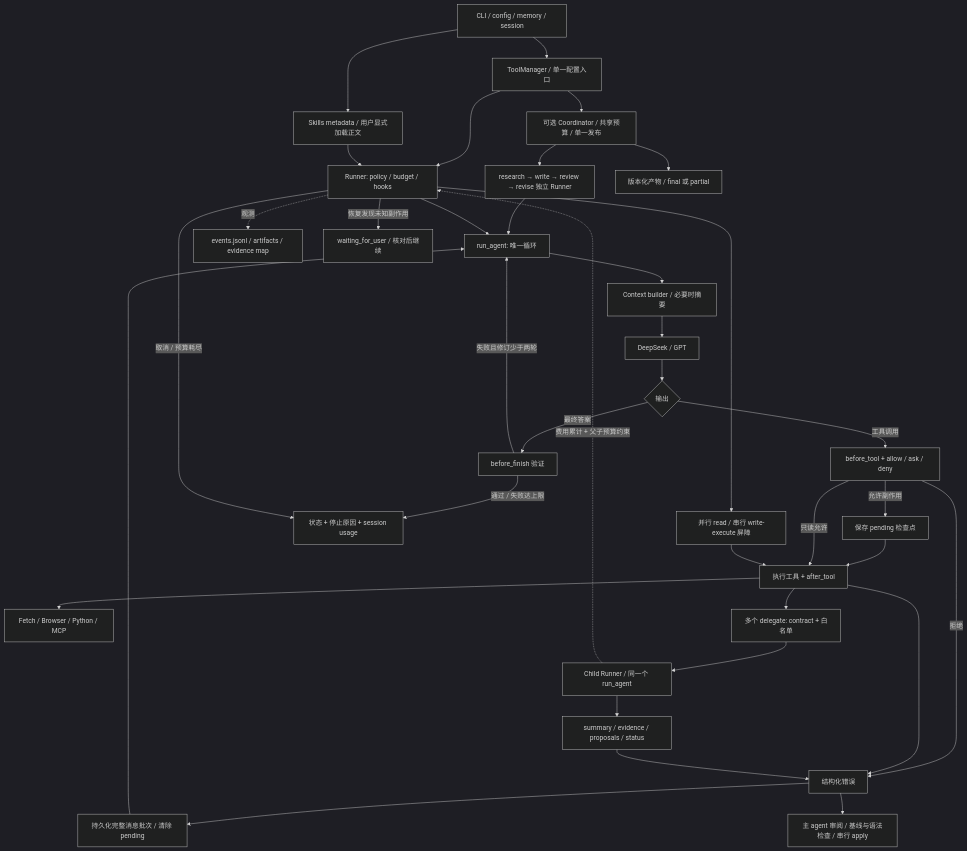
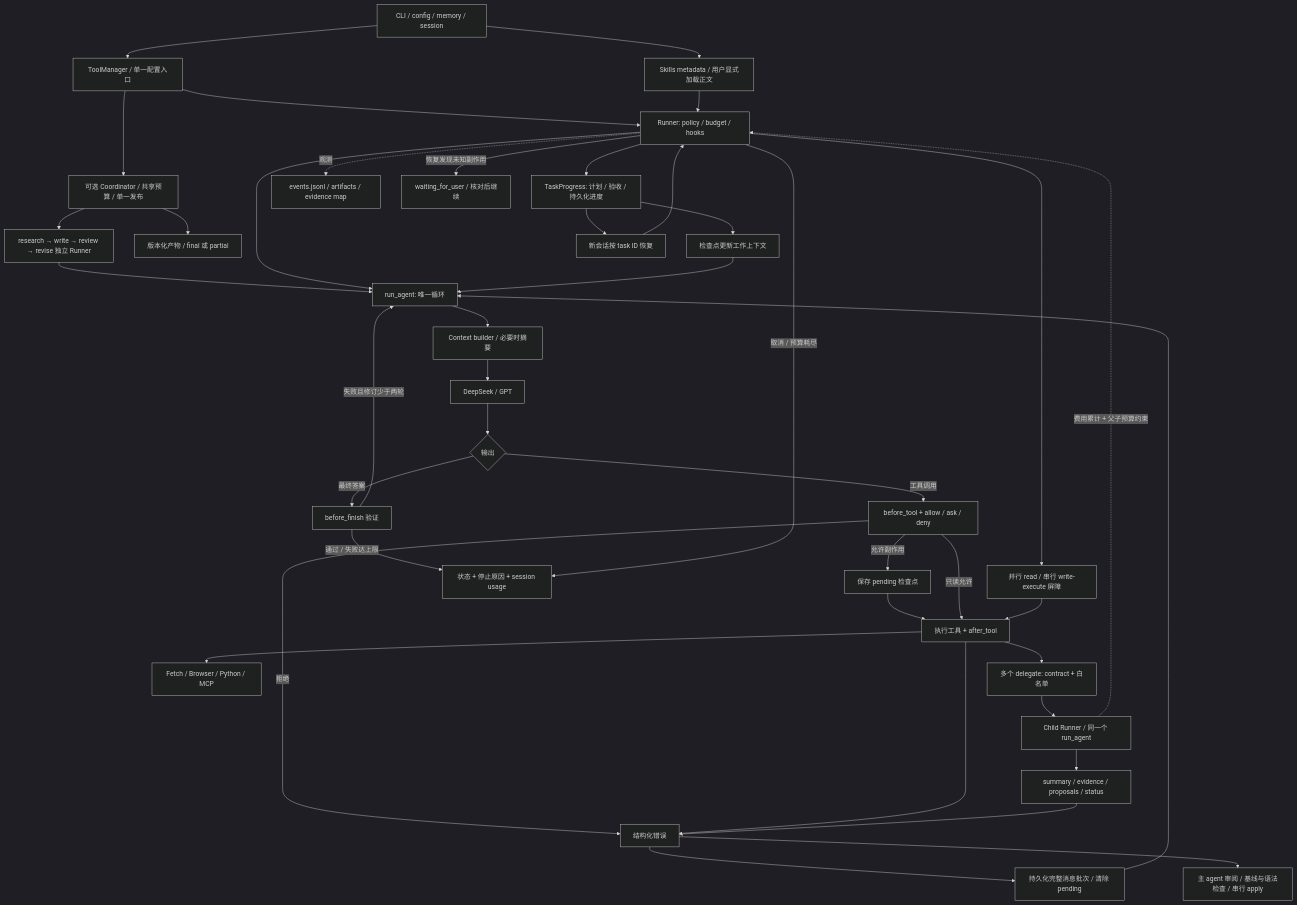
One commit to Huangsj1/ajAgent changed the first of 3 diagrams in docs/architecture.md. Above: the diagram before and after it, drawn with Mermaid (dark theme). The commit also changed other lines of this file and 39 other files, not shown here.

````diff
--- a/docs/architecture.md
+++ b/docs/architecture.md
@@ -3,38 +3,43 @@
 ```mermaid
 flowchart TD
     U[CLI / config / memory / session] --> TM[ToolManager / 单一配置入口]
     TM --> R[Runner: policy / budget / hooks]
     TM --> CO[可选 Coordinator / 共享预算 / 单一发布]
     CO --> N[research → write → review → revise 独立 Runner]
     N --> L
     CO --> A[版本化产物 / final 或 partial]
     R --> L[run_agent: 唯一循环]
+    R --> TP[TaskProgress: 计划 / 验收 / 持久化进度]
+    TP --> HC[检查点更新工作上下文]
+    HC --> L
+    TP --> TR[新会话按 task ID 恢复]
+    TR --> R
     L --> C[Context builder / 必要时摘要]
     C --> M[DeepSeek / GPT]
     M --> D{输出}
     D -->|工具调用| P[before_tool + allow / ask / deny]
     P -->|允许副作用| I[保存 pending 检查点]
     I --> T[执行工具 + after_tool]
     P -->|只读允许| T
     P -->|拒绝| O[结构化错误]
     T --> O
     O --> S[持久化完整消息批次 / 清除 pending]
     S --> L
     D -->|最终答案| V[before_finish 验证]
     V -->|失败且修订少于两轮| L
     V -->|通过 / 失败达上限| F[状态 + 停止原因 + session usage]
     R -.观测.-> E[events.jsonl / artifacts / evidence map]
     U --> SK[Skills metadata / 用户显式加载正文]
     SK --> R
     R --> SR[并行 read / 串行 write-execute 屏障]
     SR --> T
     T --> X[Fetch / Browser / Python / MCP]
     T --> DE[多个 delegate: contract + 白名单]
     DE --> CR[Child Runner / 同一个 run_agent]
     CR --> HA[summary / evidence / proposals / status]
     HA --> O
     O --> AP[主 agent 审阅 / 基线与语法检查 / 串行 apply]
     CR -.费用累计 + 父子预算约束.-> R
     R -->|取消 / 预算耗尽| F
     R -->|恢复发现未知副作用| W[waiting_for_user / 核对后继续]
 ```
````
